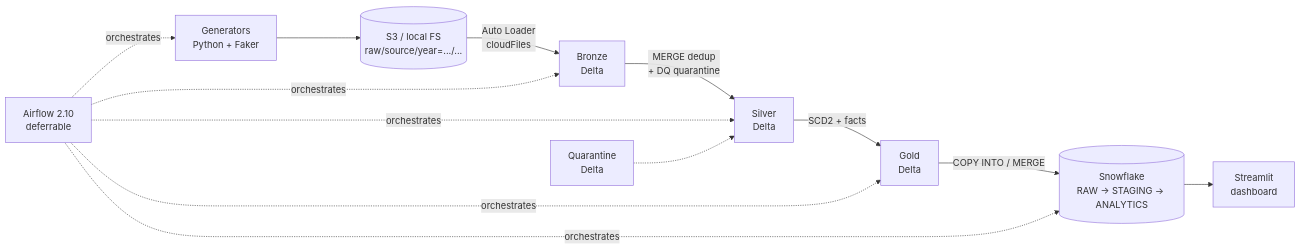
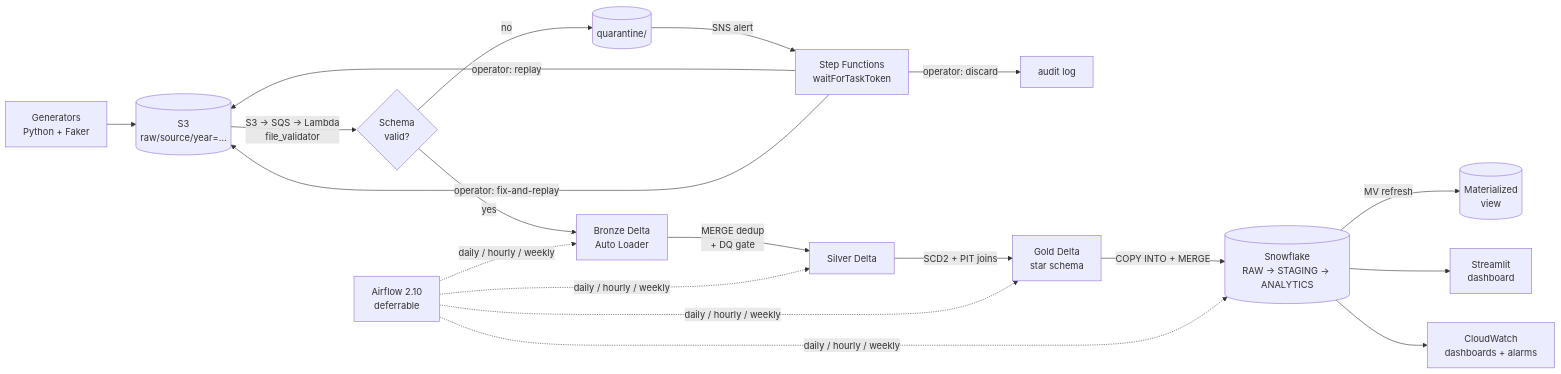
Before and after one commit to greenwichg/ecommerce-lakehouse-platform: the diagram in README.md, drawn with Mermaid. The commit also changed other lines of this file and 10 other files, not shown here.

````diff
--- a/README.md
+++ b/README.md
@@ -29,11 +23,18 @@
 ```mermaid
 flowchart LR
-    G[Generators<br/>Python + Faker] --> S3R[(S3 / local FS<br/>raw/source/year=.../...)]
-    S3R -->|Auto Loader<br/>cloudFiles| B[Bronze<br/>Delta]
-    B -->|MERGE dedup<br/>+ DQ quarantine| S[Silver<br/>Delta]
-    S -->|SCD2 + facts| GO[Gold<br/>Delta]
-    GO -->|COPY INTO / MERGE| SF[(Snowflake<br/>RAW → STAGING → ANALYTICS)]
+    G[Generators<br/>Python + Faker] --> S3R[(S3<br/>raw/source/year=…)]
+    S3R -->|S3 → SQS → Lambda<br/>file_validator| V{Schema<br/>valid?}
+    V -->|yes| B[Bronze Delta<br/>Auto Loader]
+    V -->|no| Q[(quarantine/)]
+    Q -->|SNS alert| SFN[Step Functions<br/>waitForTaskToken]
+    SFN -->|operator: replay| S3R
+    SFN -->|operator: discard| AUD[audit log]
+    SFN -->|operator: fix-and-replay| S3R
+    B -->|MERGE dedup<br/>+ DQ gate| SI[Silver Delta]
+    SI -->|SCD2 + PIT joins| GO[Gold Delta<br/>star schema]
+    GO -->|COPY INTO + MERGE| SF[(Snowflake<br/>RAW → STAGING → ANALYTICS)]
+    SF -->|MV refresh| MV[(Materialized<br/>view)]
     SF --> ST[Streamlit<br/>dashboard]
-    A[Airflow 2.10<br/>deferrable] -. orchestrates .-> G & B & S & GO & SF
-    Q[Quarantine<br/>Delta] -.-> S
+    SF --> CW[CloudWatch<br/>dashboards + alarms]
+    A[Airflow 2.10<br/>deferrable] -. daily / hourly / weekly .-> B & SI & GO & SF
 ```
````
